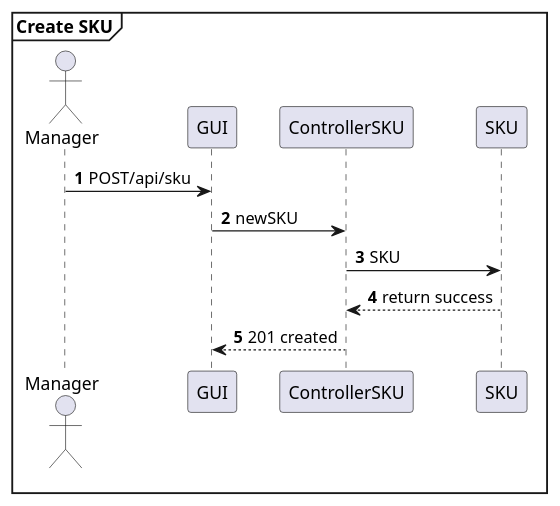
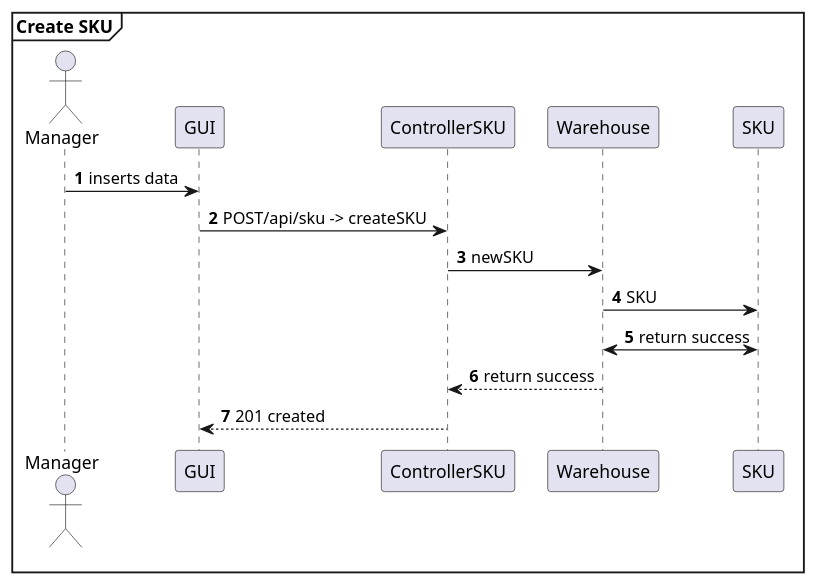
Before and after one commit to AlexZampa/EzWh: the third of 29 diagrams in DesignDocument.md, drawn with PlantUML. The commit also changed other lines of this file, not shown here.

````diff
--- a/DesignDocument.md
+++ b/DesignDocument.md
@@ -503,16 +503,19 @@
 ```plantuml
 mainframe **Create SKU**
 actor Manager
 participant GUI
 participant ControllerSKU
+participant Warehouse
 participant SKU
 
 autonumber
-Manager -> GUI : POST/api/sku
-GUI -> ControllerSKU : newSKU
-ControllerSKU -> SKU : SKU
-ControllerSKU <-- SKU : return success
+Manager -> GUI : inserts data
+GUI -> ControllerSKU : POST/api/sku -> createSKU
+ControllerSKU -> Warehouse : newSKU
+Warehouse -> SKU : SKU
+Warehouse <-> SKU : return success
+ControllerSKU <-- Warehouse : return success
 GUI <-- ControllerSKU : 201 created
 
 @enduml
 ```
````
